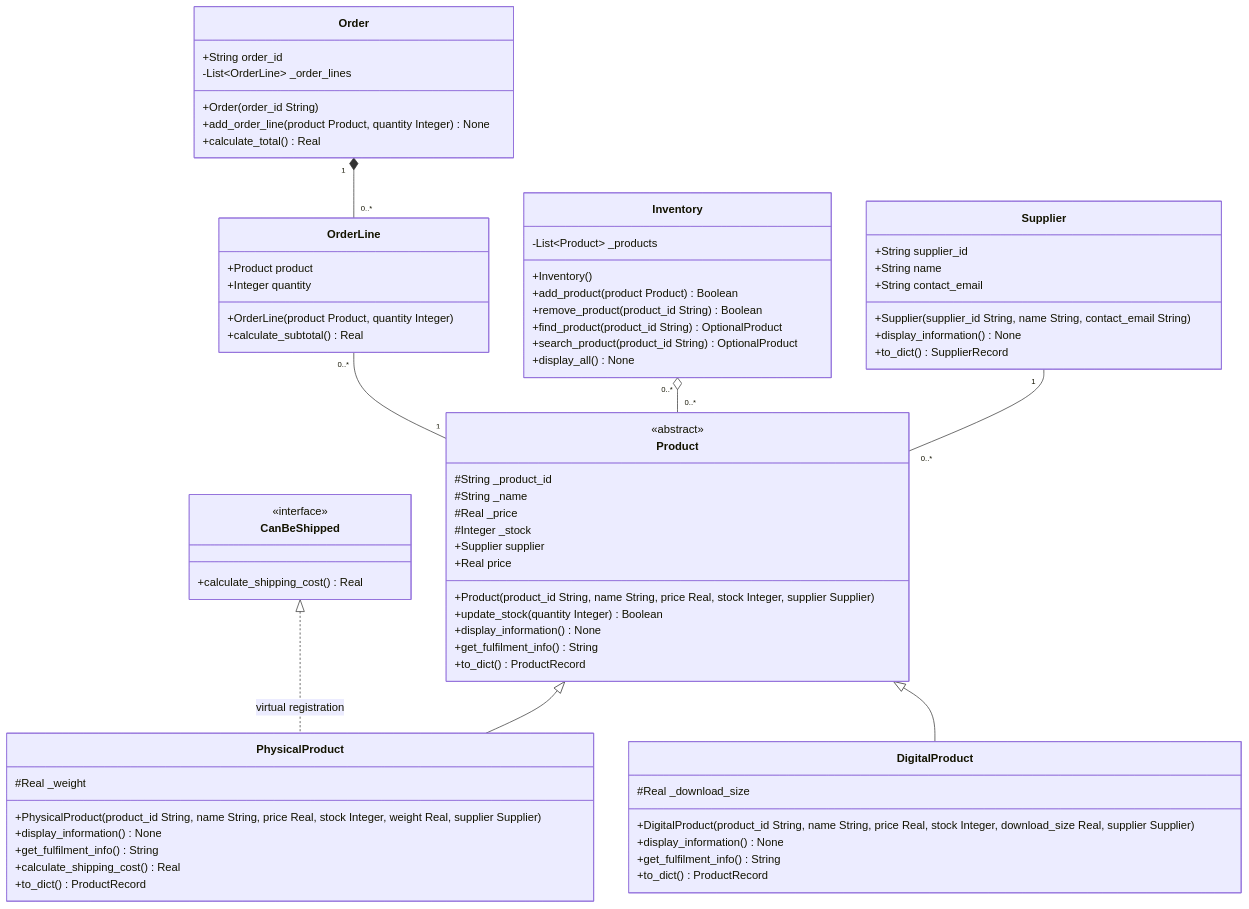
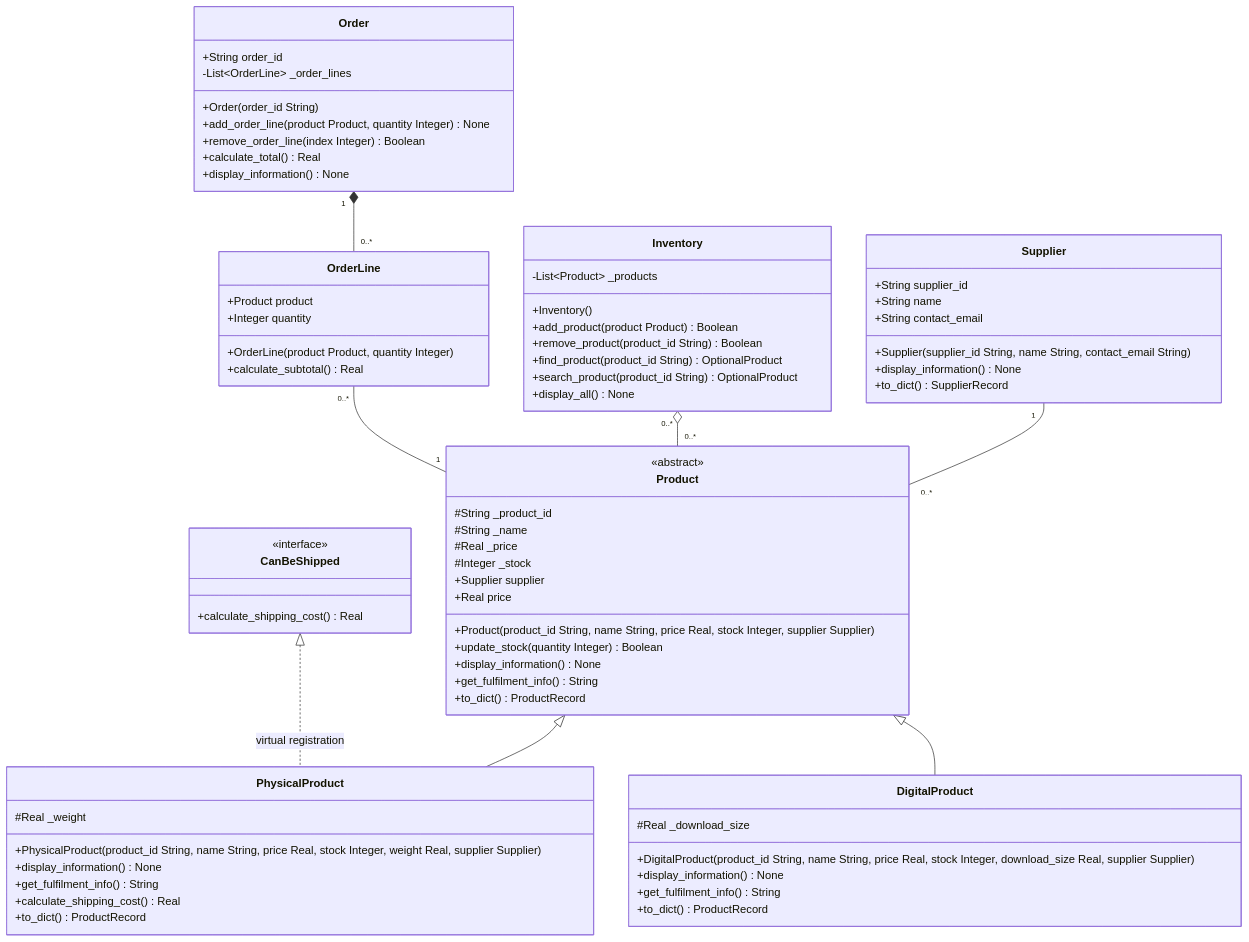
The diagram in Week8/Lab8_UML_Design.md (FoolishAmbition/inf1103-labs), drawn with Mermaid before and after one commit. The commit also changed other lines of this file and 4 other files, not shown here.

````diff
--- a/Week8/Lab8_UML_Design.md
+++ b/Week8/Lab8_UML_Design.md
@@ -20,73 +20,75 @@
 ```mermaid
 classDiagram
     class Product {
         <<abstract>>
         #String _product_id
         #String _name
         #Real _price
         #Integer _stock
         +Supplier supplier
         +Real price
         +Product(product_id String, name String, price Real, stock Integer, supplier Supplier)
         +update_stock(quantity Integer) Boolean
         +display_information() None
         +get_fulfilment_info() String
         +to_dict() ProductRecord
     }
     class PhysicalProduct {
         #Real _weight
         +PhysicalProduct(product_id String, name String, price Real, stock Integer, weight Real, supplier Supplier)
         +display_information() None
         +get_fulfilment_info() String
         +calculate_shipping_cost() Real
         +to_dict() ProductRecord
     }
     class DigitalProduct {
         #Real _download_size
         +DigitalProduct(product_id String, name String, price Real, stock Integer, download_size Real, supplier Supplier)
         +display_information() None
         +get_fulfilment_info() String
         +to_dict() ProductRecord
     }
     class CanBeShipped {
         <<interface>>
         +calculate_shipping_cost() Real
     }
     class Supplier {
         +String supplier_id
         +String name
         +String contact_email
         +Supplier(supplier_id String, name String, contact_email String)
         +display_information() None
         +to_dict() SupplierRecord
     }
     class Inventory {
         -List~Product~ _products
         +Inventory()
         +add_product(product Product) Boolean
         +remove_product(product_id String) Boolean
         +find_product(product_id String) OptionalProduct
         +search_product(product_id String) OptionalProduct
         +display_all() None
     }
     class Order {
         +String order_id
         -List~OrderLine~ _order_lines
         +Order(order_id String)
         +add_order_line(product Product, quantity Integer) None
+        +remove_order_line(index Integer) Boolean
         +calculate_total() Real
+        +display_information() None
     }
     class OrderLine {
         +Product product
         +Integer quantity
         +OrderLine(product Product, quantity Integer)
         +calculate_subtotal() Real
     }
     Product <|-- PhysicalProduct
     Product <|-- DigitalProduct
     CanBeShipped <|.. PhysicalProduct : virtual registration
     Supplier "1" -- "0..*" Product
     Inventory "0..*" o-- "0..*" Product
     Order "1" *-- "0..*" OrderLine
     OrderLine "0..*" -- "1" Product
 ```
````
